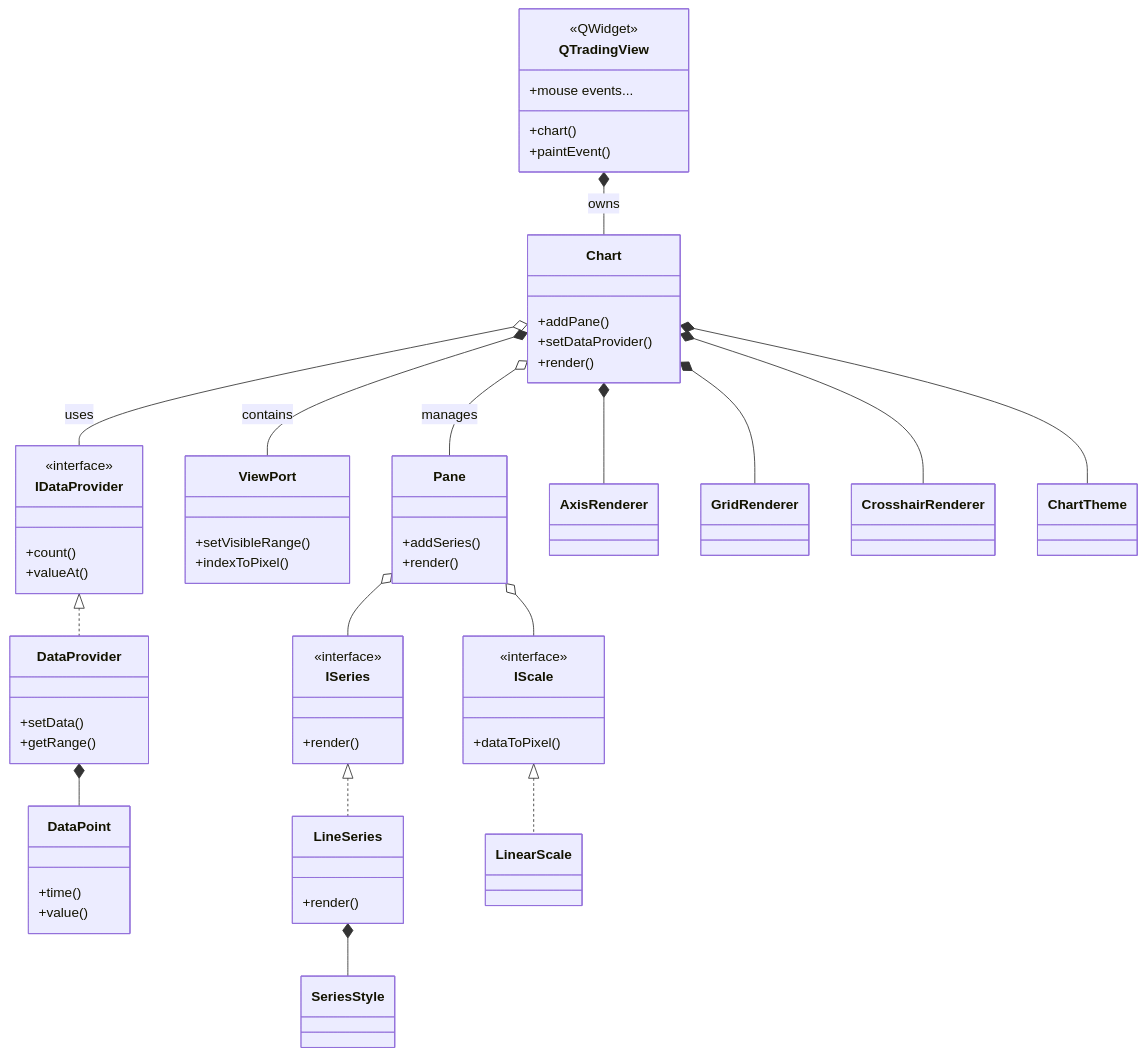
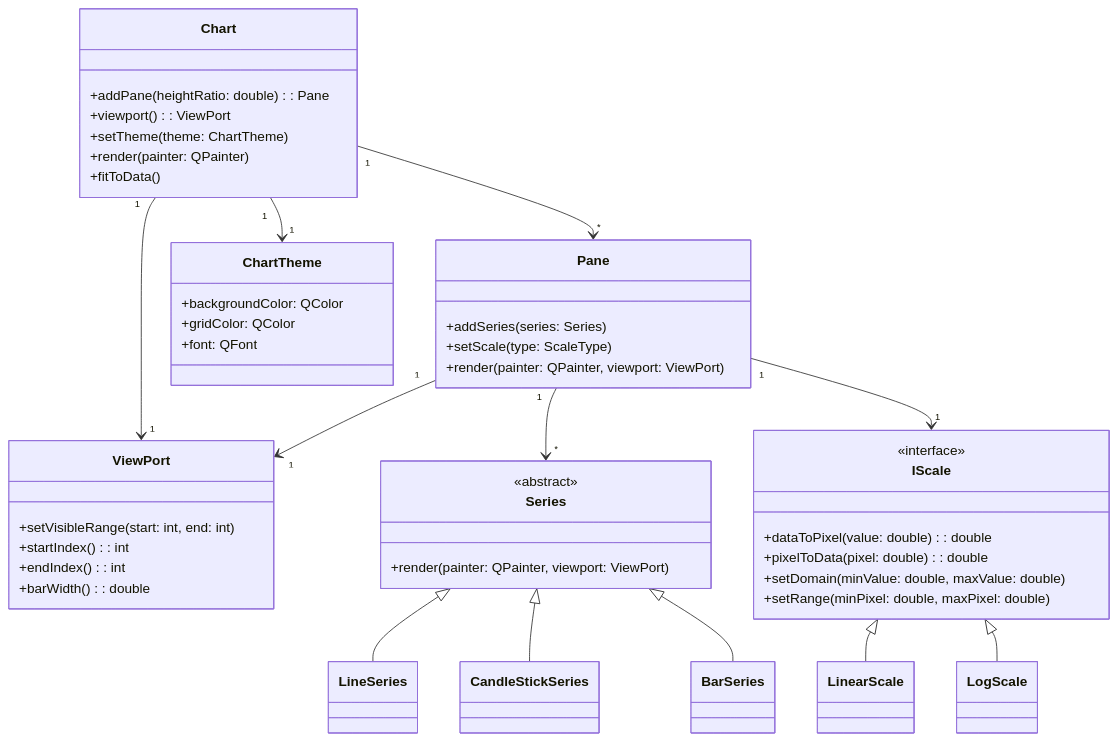
One commit to dhruvan2006/QTradingView changed the diagram in README.md. Above: the diagram before and after it, drawn with Mermaid. The commit also changed other lines of this file and 1 other file, not shown here.

````diff
--- a/README.md
+++ b/README.md
@@ -1,97 +90,82 @@
 ```mermaid
 classDiagram
-%% ============================
-%% Main Widget
-%% ============================
-class QTradingView {
-<<QWidget>>
-+chart()
-+paintEvent()
-+mouse events...
-}
-QTradingView *-- Chart : owns
-
-    %% ============================
-    %% Core Chart
-    %% ============================
+    %% =========================
+    %% CORE CLASSES
+    %% =========================
     class Chart {
-        +addPane()
-        +setDataProvider()
-        +render()
-    }
-    class Pane {
-        +addSeries()
-        +render()
-    }
-    class ViewPort {
-        +setVisibleRange()
-        +indexToPixel()
+        +addPane(heightRatio: double): Pane
+        +viewport(): ViewPort
+        +setTheme(theme: ChartTheme)
+        +render(painter: QPainter)
+        +fitToData()
     }
 
-    Chart o-- Pane : manages
-    Chart *-- ViewPort : contains
-    Chart o-- IDataProvider : uses
-
-    %% ============================
-    %% Data Model
-    %% ============================
-    class IDataProvider {
-        <<interface>>
-        +count()
-        +valueAt()
-    }
-    class DataProvider {
-        +setData()
-        +getRange()
-    }
-    class DataPoint {
-        +time()
-        +value()
+    class Pane {
+        +addSeries(series: Series)
+        +setScale(type: ScaleType)
+        +render(painter: QPainter, viewport: ViewPort)
     }
 
-    IDataProvider <|.. DataProvider
-    DataProvider *-- DataPoint
-
-    %% ============================
-    %% Series
-    %% ============================
-    class ISeries {
-        <<interface>>
-        +render()
-    }
-    class LineSeries {
-        +render()
+    class ViewPort {
+        +setVisibleRange(start: int, end: int)
+        +startIndex(): int
+        +endIndex(): int
+        +barWidth(): double
     }
 
-    ISeries <|.. LineSeries
-    Pane o-- ISeries
+    %% =========================
+    %% ABSTRACT & INTERFACE LAYERS
+    %% =========================
+    class Series {
+        <<abstract>>
+        +render(painter: QPainter, viewport: ViewPort)
+    }
 
-    %% ============================
-    %% Scale
-    %% ============================
     class IScale {
         <<interface>>
-        +dataToPixel()
+        +dataToPixel(value: double): double
+        +pixelToData(pixel: double): double
+        +setDomain(minValue: double, maxValue: double)
+        +setRange(minPixel: double, maxPixel: double)
     }
+
+    %% =========================
+    %% STYLE
+    %% =========================
+    class ChartTheme {
+        +backgroundColor: QColor
+        +gridColor: QColor
+        +font: QFont
+    }
+
+    %% =========================
+    %% SCALE IMPLEMENTATIONS
+    %% =========================
     class LinearScale
-    IScale <|.. LinearScale
-    Pane o-- IScale
+    class LogScale
 
-    %% ============================
-    %% Renderers
-    %% ============================
-    class AxisRenderer
-    class GridRenderer
-    class CrosshairRenderer
-    Chart *-- AxisRenderer
-    Chart *-- GridRenderer
-    Chart *-- CrosshairRenderer
+    IScale <|-- LinearScale
+    IScale <|-- LogScale
 
-    %% ============================
-    %% Styling
-    %% ============================
-    class ChartTheme
-    class SeriesStyle
-    Chart *-- ChartTheme
-    LineSeries *-- SeriesStyle
+    %% =========================
+    %% SERIES IMPLEMENTATIONS
+    %% =========================
+    class LineSeries
+    class CandleStickSeries
+    class BarSeries
+
+    Series <|-- LineSeries
+    Series <|-- CandleStickSeries
+    Series <|-- BarSeries
+
+    %% =========================
+    %% RELATIONSHIPS
+    %% =========================
+    Chart "1" --> "*" Pane
+    Chart "1" --> "1" ViewPort
+    Chart "1" --> "1" ChartTheme
+
+    Pane "1" --> "*" Series
+    Pane "1" --> "1" IScale
+    Pane "1" --> "1" ViewPort
 ```
````
